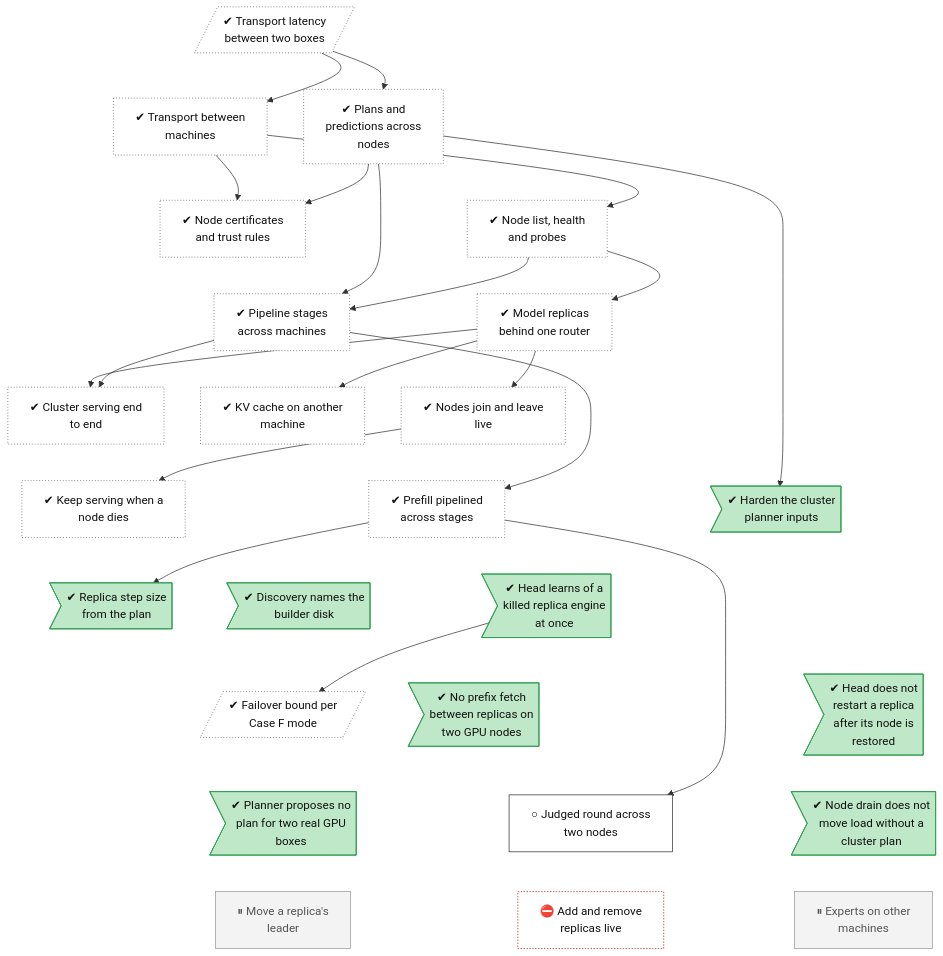
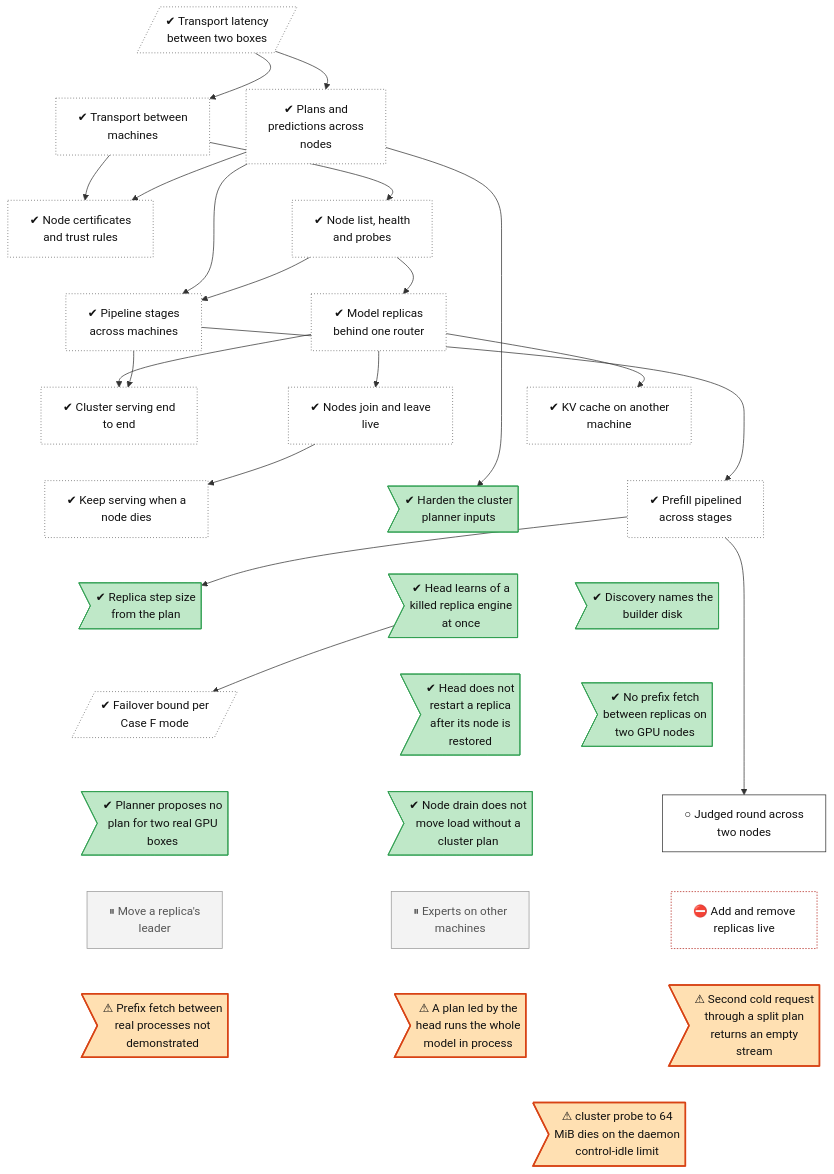
One commit to lhns/tetraeder changed the diagram in docs/roadmap/tracks/cluster.md. Above: the diagram before and after it, drawn with Mermaid. The commit also changed other lines of this file and 173 other files, not shown here.

Commit message:
Phase 6 rehearsal 2 (ADR 0091), phase6-rehearsal-2-20261125: results, README, tree node and defect nodes; not measured

````diff
--- a/docs/roadmap/tracks/cluster.md
+++ b/docs/roadmap/tracks/cluster.md
@@ -34,6 +34,10 @@
     cluster_leader_move["⏸ Move a replica's<br/>leader"]
     cluster_experts_nodes["⏸ Experts on other<br/>machines"]
     cluster_replica_scaling["⛔ Add and remove<br/>replicas live"]
+    cluster_prefix_fetch_not_observed>"⚠ Prefix fetch between<br/>real processes not<br/>demonstrated"]
+    cluster_head_led_plan_ignores_segments>"⚠ A plan led by the<br/>head runs the whole<br/>model in process"]
+    cluster_second_cold_request_empty>"⚠ Second cold request<br/>through a split plan<br/>returns an empty<br/>stream"]
+    cluster_probe_control_idle>"⚠ cluster probe to 64<br/>MiB dies on the daemon<br/>control-idle limit"]
     cluster_transport_wan ~~~ cluster_transport
     cluster_transport_wan ~~~ cluster_planner
     cluster_transport ~~~ cluster_mtls
@@ -58,6 +62,12 @@
     cluster_plan_source_gpu_segments ~~~ cluster_leader_move
     cluster_drain_without_plan ~~~ cluster_experts_nodes
     cluster_judged_round_cmd ~~~ cluster_replica_scaling
+    cluster_leader_move ~~~ cluster_prefix_fetch_not_observed
+    cluster_experts_nodes ~~~ cluster_head_led_plan_ignores_segments
+    cluster_replica_scaling ~~~ cluster_second_cold_request_empty
+    cluster_prefix_fetch_not_observed ~~~ cluster_probe_control_idle
+    cluster_head_led_plan_ignores_segments ~~~ cluster_probe_control_idle
+    cluster_second_cold_request_empty ~~~ cluster_probe_control_idle
     cluster_transport_wan --> cluster_transport
     cluster_transport_wan --> cluster_planner
     cluster_transport --> cluster_mtls
@@ -95,4 +105,5 @@
     class cluster_judged_round_cmd next
     class cluster_leader_move,cluster_experts_nodes parked
     class cluster_replica_scaling blocked
+    class cluster_prefix_fetch_not_observed,cluster_head_led_plan_ignores_segments,cluster_second_cold_request_empty,cluster_probe_control_idle finding
 ```
````
